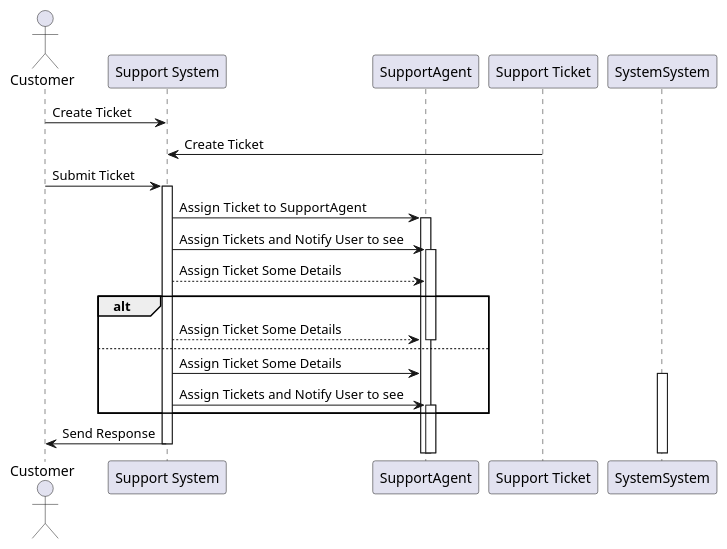
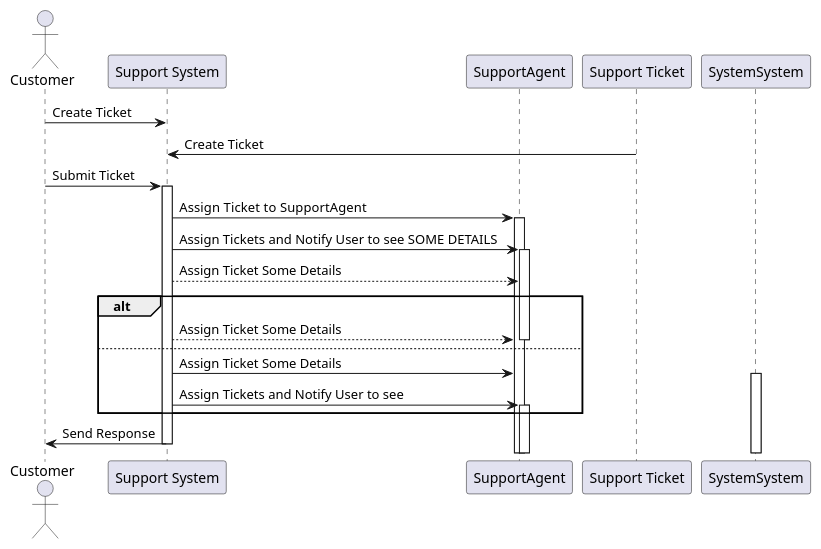
The diagram in diagrams/s.puml (alladin7000/alladin7000.github.io), drawn with PlantUML before and after one commit.

```diff
--- a/diagrams/s.puml
+++ b/diagrams/s.puml
@@ -1,28 +1,28 @@
 @startuml
 actor Customer
 participant "Support System" as System
 participant "SupportAgent"
 participant "Support Ticket" as Ticket
 Customer -> System : Create Ticket
 Ticket -> System : Create Ticket
 Customer -> System : Submit Ticket
 activate System
 
 System -> SupportAgent : Assign Ticket  to SupportAgent
 activate SupportAgent
 
-System -> SupportAgent : Assign Tickets and Notify User to see 
+System -> SupportAgent : Assign Tickets and Notify User to see SOME DETAILS 
 activate SupportAgent
 System --> SupportAgent : Assign Ticket Some Details
 alt
 System --> SupportAgent : Assign Ticket Some Details
 deactivate SupportAgent
 else
 System -> SupportAgent : Assign Ticket Some Details
 activate SystemSystem
 System -> SupportAgent : Assign Tickets and Notify User to see 
 activate SupportAgent
 end
 System -> Customer : Send Response
 deactivate System
 @enduml
```
